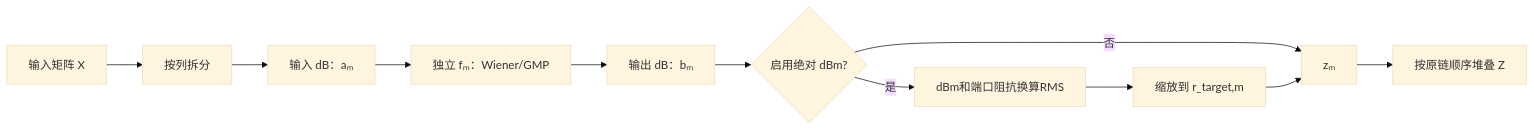
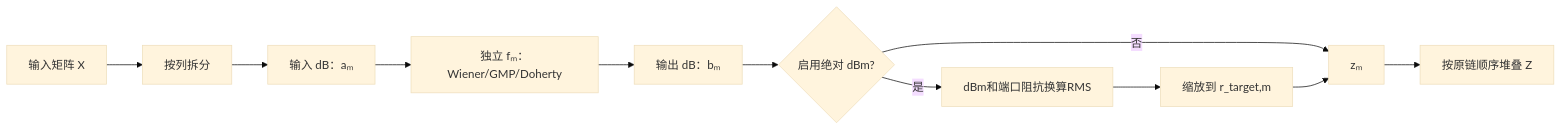
Before and after one commit to niyilu45/DPD_ILC: the sixth of 7 diagrams in doc/PaModel.md, drawn with Mermaid (base theme). The commit also changed other lines of this file and 16 other files, not shown here.

````diff
--- a/doc/PaModel.md
+++ b/doc/PaModel.md
@@ -594,13 +725,13 @@
 ```mermaid
 flowchart LR
     matrix["输入矩阵 X"] --> split["按列拆分"]
     split --> in0["输入 dB：aₘ"]
-    in0 --> pa0["独立 fₘ：Wiener/GMP"]
+    in0 --> pa0["独立 fₘ：Wiener/GMP/Doherty"]
     pa0 --> out0["输出 dB：bₘ"]
     out0 --> target{"启用绝对 dBm?"}
     target -->|否| column["zₘ"]
     target -->|是| convert["dBm和端口阻抗换算RMS"]
     convert --> normalize["缩放到 r_target,m"]
     normalize --> column
     column --> stack["按原链顺序堆叠 Z"]
 ```
````
